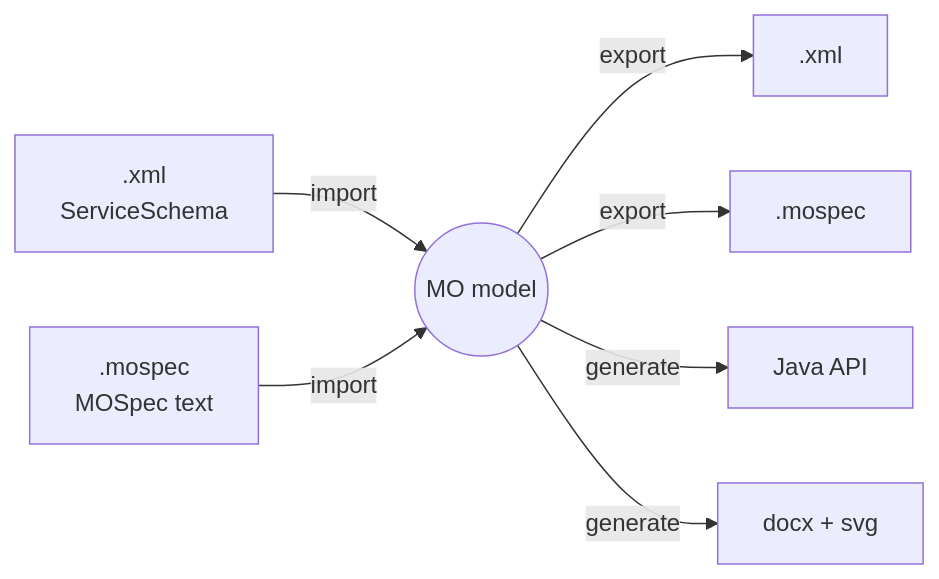
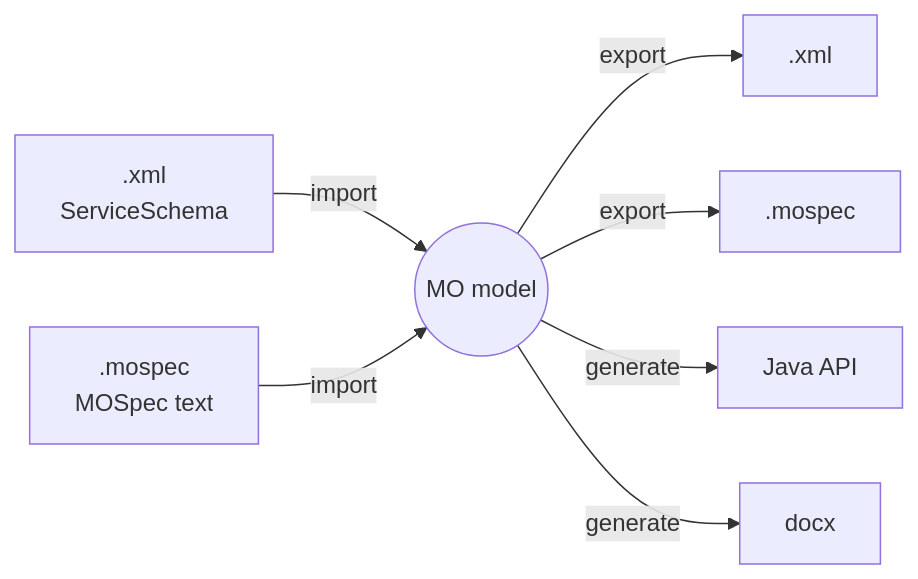
One commit to esa/mo-services-java changed the diagram in api-generator/api-generator-lib/DESIGN.md. Above: the diagram before and after it, drawn with Mermaid. The commit also changed other lines of this file and 64 other files, not shown here.

````diff
--- a/api-generator/api-generator-lib/DESIGN.md
+++ b/api-generator/api-generator-lib/DESIGN.md
@@ -15,9 +15,9 @@
 ```mermaid
 flowchart LR
     XML[".xml<br/>ServiceSchema"] -->|import| M(("MO model"))
     TXT[".mospec<br/>MOSpec text"] -->|import| M
     M -->|export| XML2[".xml"]
     M -->|export| TXT2[".mospec"]
     M -->|generate| J["Java API"]
-    M -->|generate| D["docx + svg"]
+    M -->|generate| D["docx"]
 ```
````
